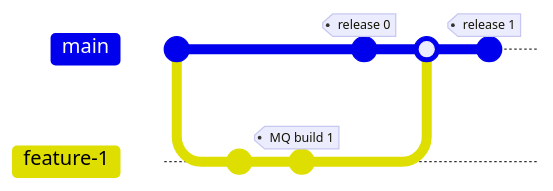
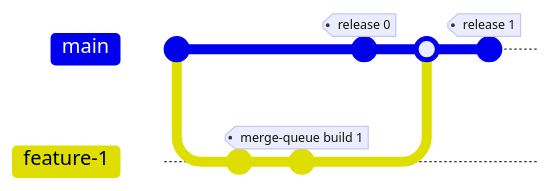
The diagram in tests/mutated-main.md (0x5b-org/test-github-merge-queues), drawn with Mermaid before and after one commit. The commit also changed 7 other files, not shown here. Commit ids are hidden.

Commit message:
add sequence diagram and some more (unexercised) tests

````diff
--- a/tests/mutated-main.md
+++ b/tests/mutated-main.md
@@ -12,18 +12,18 @@
 ```mermaid
 %%{init: {'theme':'default'}}%%
 
 gitGraph
     commit
 
     branch feature-1
     checkout feature-1
     commit
-    commit id: "enqueue 1" tag: "MQ build 1"
+    commit id: "enqueue 1" tag: "merge-queue build 1"
 
     checkout main
     commit tag: "release 0"
 
     checkout main
     merge feature-1
     commit tag: "release 1"
 ```
````
